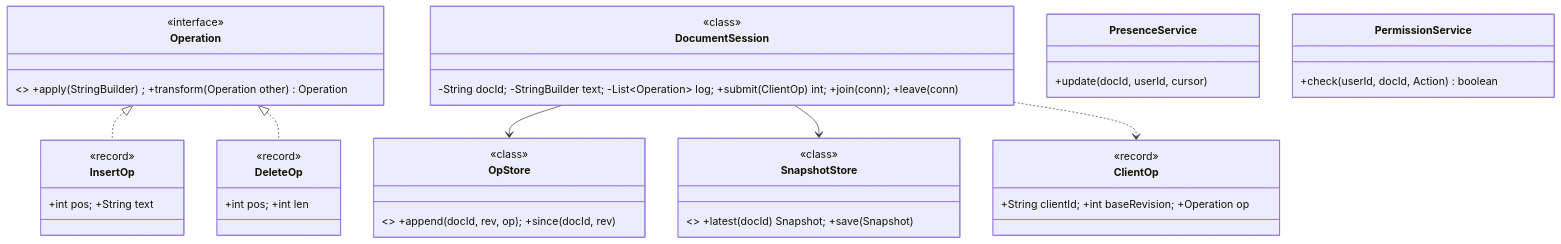
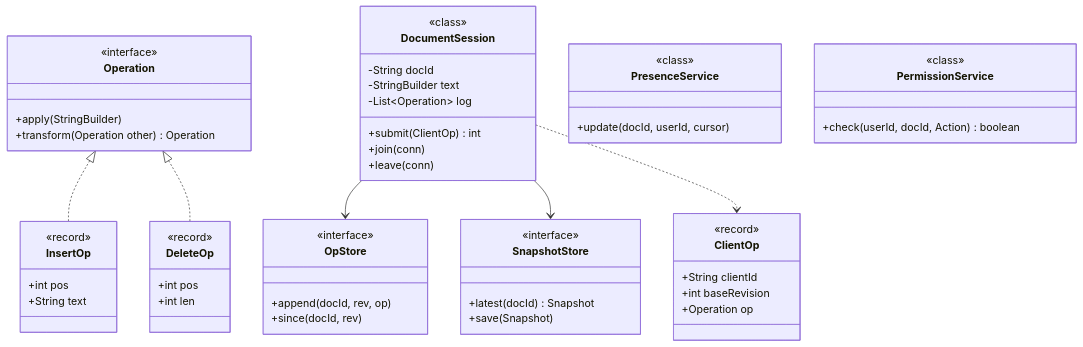
One commit to amarkum/amarkumar.guru changed the first of 2 diagrams in system-design/lld/17-google-docs.md. Above: the diagram before and after it, drawn with Mermaid. The commit also changed other lines of this file and 27 other files, not shown here.

````diff
--- a/system-design/lld/17-google-docs.md
+++ b/system-design/lld/17-google-docs.md
@@ -50,38 +50,73 @@
 ```mermaid
 classDiagram
-    class Operation { <<interface>> +apply(StringBuilder) ; +transform(Operation other) Operation }
-    class InsertOp { +int pos; +String text }
-    class DeleteOp { +int pos; +int len }
-    class ClientOp { +String clientId; +int baseRevision; +Operation op }
-    class DocumentSession { -String docId; -StringBuilder text; -List~Operation~ log; +submit(ClientOp) int; +join(conn); +leave(conn) }
-    class OpStore { <<interface>> +append(docId, rev, op); +since(docId, rev) }
-    class SnapshotStore { <<interface>> +latest(docId) Snapshot; +save(Snapshot) }
-    class PresenceService { +update(docId, userId, cursor) }
-    class PermissionService { +check(userId, docId, Action) boolean }
+    class Operation {
+      <<interface>>
+      +apply(StringBuilder)
+      +transform(Operation other) Operation
+    }
+    class InsertOp {
+      +int pos
+      +String text
+    }
+    class DeleteOp {
+      +int pos
+      +int len
+    }
+    class ClientOp {
+      +String clientId
+      +int baseRevision
+      +Operation op
+    }
+    class DocumentSession {
+      -String docId
+      -StringBuilder text
+      -List~Operation~ log
+      +submit(ClientOp) int
+      +join(conn)
+      +leave(conn)
+    }
+    class OpStore {
+      <<interface>>
+      +append(docId, rev, op)
+      +since(docId, rev)
+    }
+    class SnapshotStore {
+      <<interface>>
+      +latest(docId) Snapshot
+      +save(Snapshot)
+    }
+    class PresenceService {
+      <<class>>
+      +update(docId, userId, cursor)
+    }
+    class PermissionService {
+      <<class>>
+      +check(userId, docId, Action) boolean
+    }
     Operation <|.. InsertOp
     Operation <|.. DeleteOp
     DocumentSession --> OpStore
     DocumentSession --> SnapshotStore
     DocumentSession ..> ClientOp
     class DocumentSession {
       <<class>>
     }
     class ClientOp {
       <<record>>
     }
     class SnapshotStore {
       <<class>>
     }
     class OpStore {
       <<class>>
     }
     class Operation {
       <<interface>>
     }
     class DeleteOp {
       <<record>>
     }
     class InsertOp {
       <<record>>
     }
 ```
````
